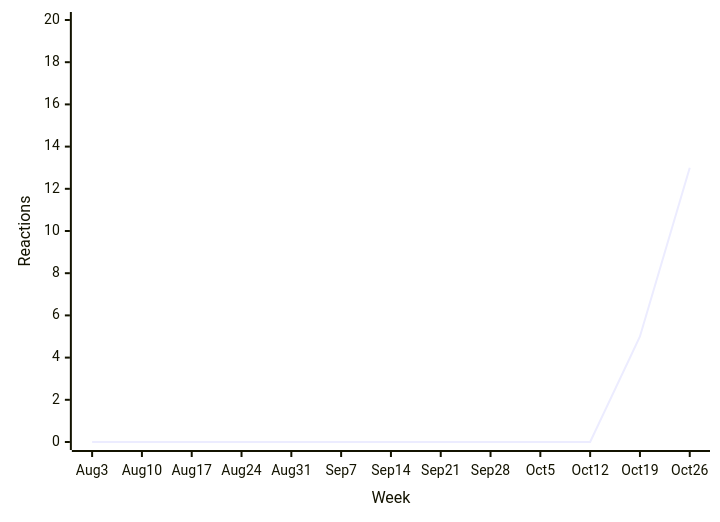
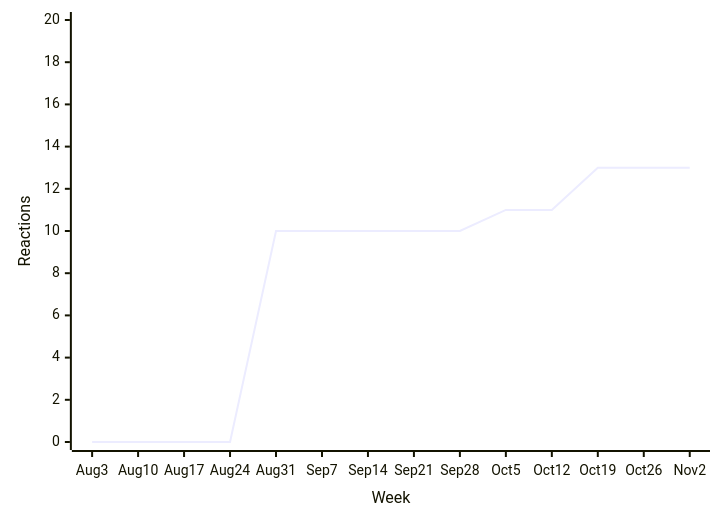
Before and after one commit to loic-sharma/github-insights: diagram 14 of 38 in README.md, drawn with Mermaid. The commit also changed other lines of this file and 3 other files, not shown here.

````diff
--- a/README.md
+++ b/README.md
@@ -545,6 +545,6 @@
   ```mermaid
   xychart-beta
-    x-axis "Week" [Aug 3, Aug 10, Aug 17, Aug 24, Aug 31, Sep 7, Sep 14, Sep 21, Sep 28, Oct 5, Oct 12, Oct 19, Oct 26]
+    x-axis "Week" [Aug 3, Aug 10, Aug 17, Aug 24, Aug 31, Sep 7, Sep 14, Sep 21, Sep 28, Oct 5, Oct 12, Oct 19, Oct 26, Nov 2]
     y-axis "Reactions" 0 --> 20
-    line [0, 0, 0, 0, 0, 0, 0, 0, 0, 0, 0, 5, 13]
+    line [0, 0, 0, 0, 10, 10, 10, 10, 10, 11, 11, 13, 13, 13]
   ```
````
